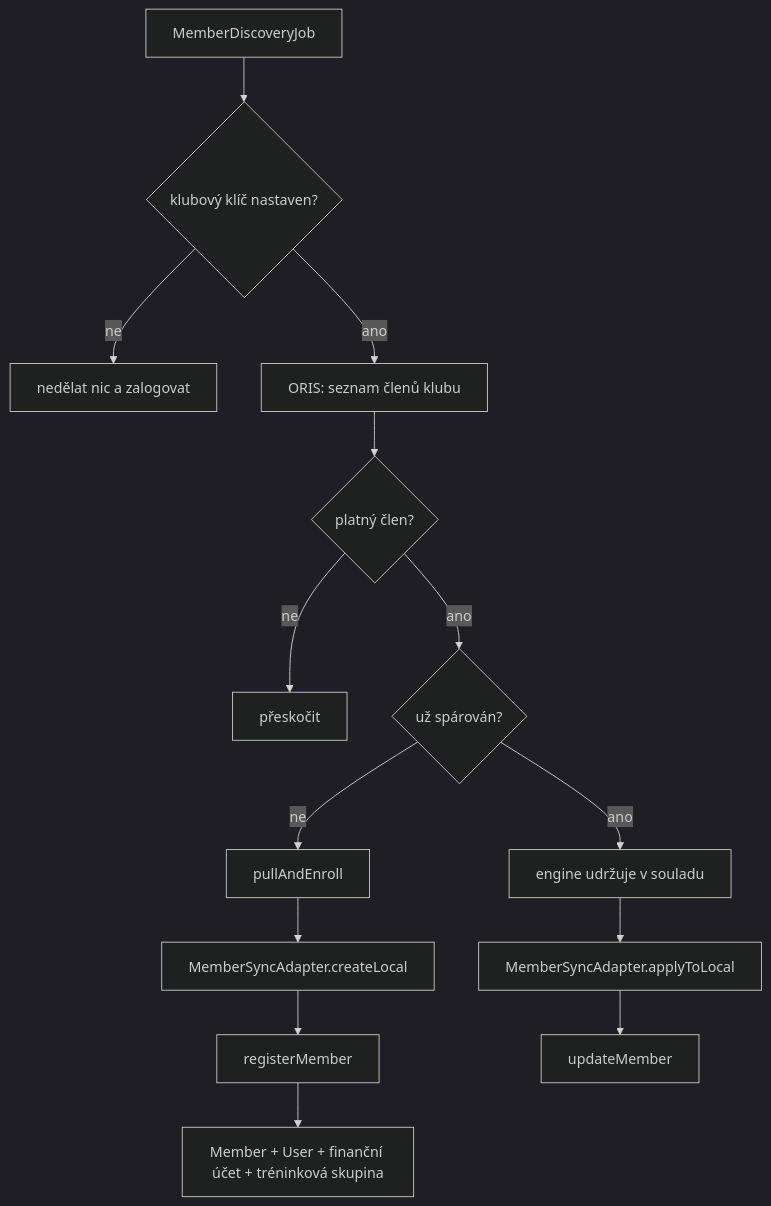
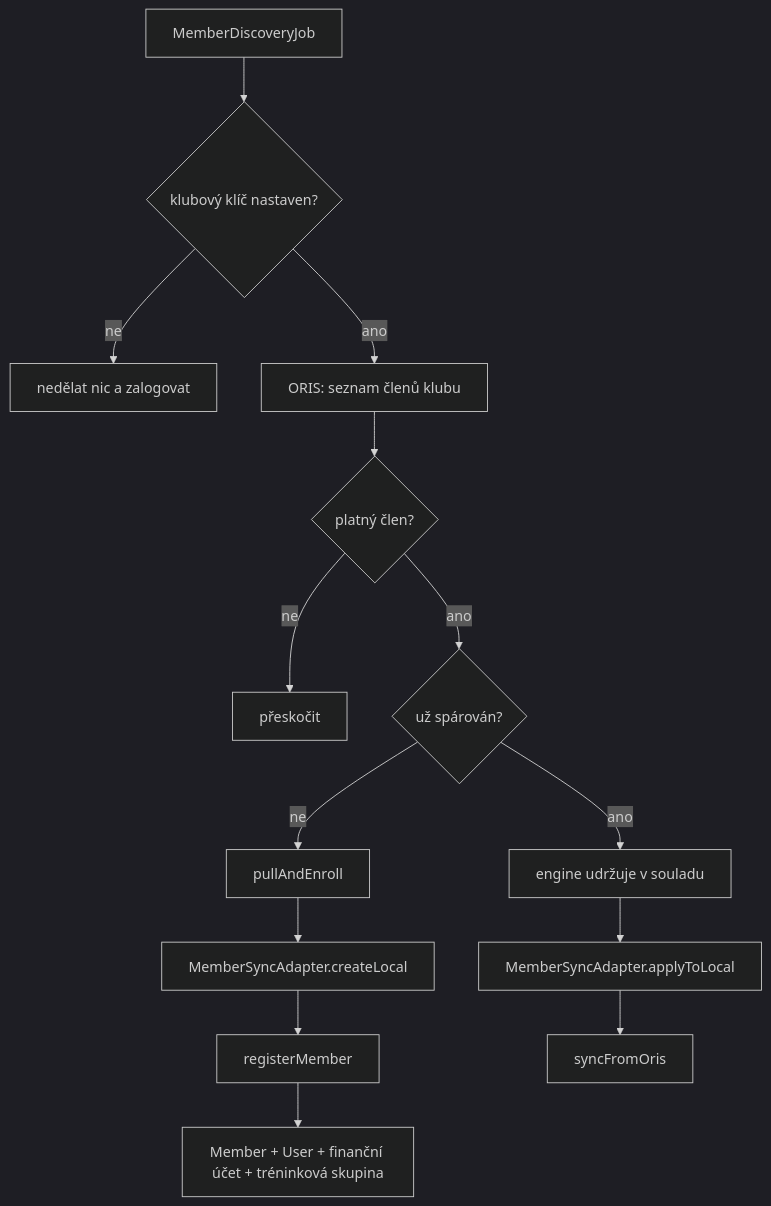
Before and after one commit to zabiny/klabis: the diagram in openspec/changes/import-oris-members/proposal.md, drawn with Mermaid (dark theme). The commit also changed other lines of this file and 2 other files, not shown here.

First line of the commit message:
feat(members): enhance ORIS sync with manual import trigger and improved domain commands

````diff
--- a/openspec/changes/import-oris-members/proposal.md
+++ b/openspec/changes/import-oris-members/proposal.md
@@ -24,16 +26,16 @@
 ```mermaid
 flowchart TD
     A[MemberDiscoveryJob] --> M{klubový klíč nastaven?}
     M -->|ne| N[nedělat nic a zalogovat]
     M -->|ano| B[ORIS: seznam členů klubu]
     B --> C{platný člen?}
     C -->|ne| D[přeskočit]
     C -->|ano| E{už spárován?}
     E -->|ano| F[engine udržuje v souladu]
     E -->|ne| G[pullAndEnroll]
     G --> H[MemberSyncAdapter.createLocal]
     H --> I[registerMember]
     I --> J[Member + User + finanční účet + tréninková skupina]
     F --> K[MemberSyncAdapter.applyToLocal]
-    K --> L[updateMember]
+    K --> L[syncFromOris]
 ```
````
